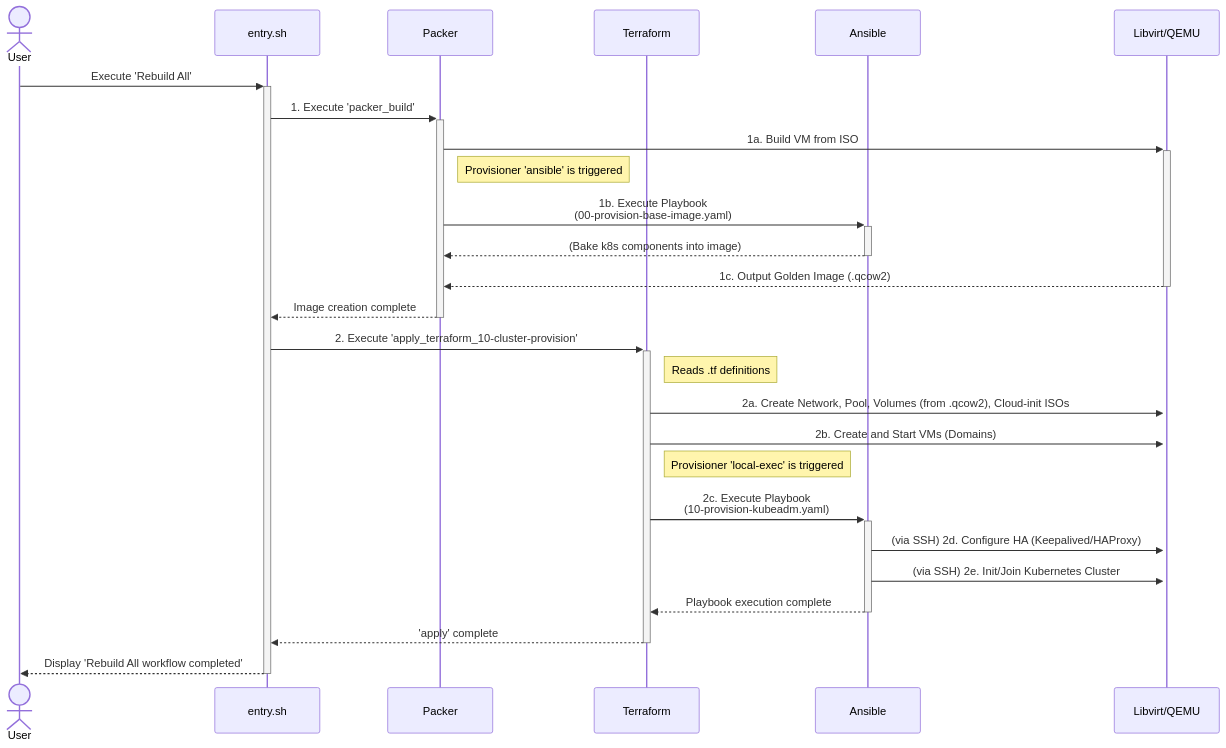
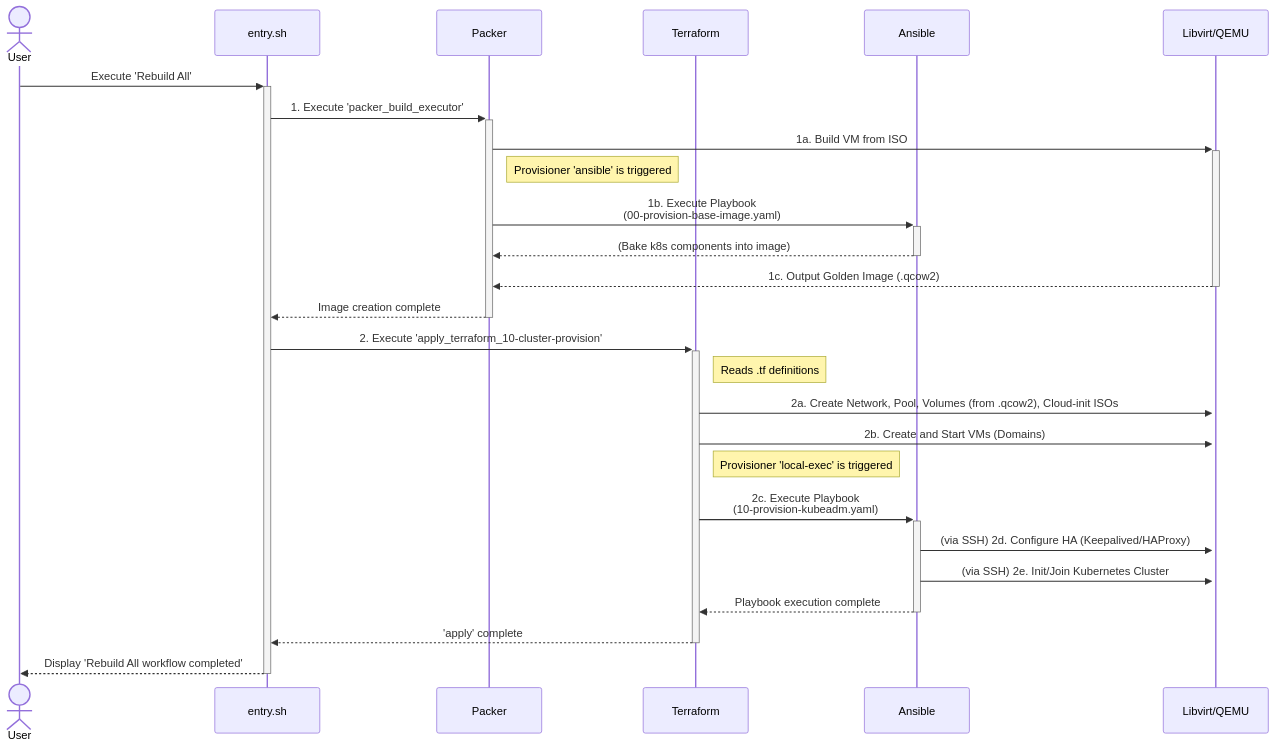
Before and after one commit to csning1998/on-premise-gitlab-deployment: the diagram in README.md, drawn with Mermaid. The commit also changed other lines of this file and 13 other files, not shown here.

````diff
--- a/README.md
+++ b/README.md
@@ -655,31 +655,31 @@
 ```mermaid
 sequenceDiagram
     actor User
     participant Entrypoint as entry.sh
     participant Packer
     participant Terraform
     participant Ansible
     participant Libvirt as Libvirt/QEMU
 
     User->>+Entrypoint: Execute 'Rebuild All'
 
-    Entrypoint->>+Packer: 1. Execute 'packer_build'
+    Entrypoint->>+Packer: 1. Execute 'packer_build_executor'
     Packer->>+Libvirt: 1a. Build VM from ISO
     note right of Packer: Provisioner 'ansible' is triggered
     Packer->>+Ansible: 1b. Execute Playbook<br>(00-provision-base-image.yaml)
     Ansible-->>-Packer: (Bake k8s components into image)
     Libvirt-->>-Packer: 1c. Output Golden Image (.qcow2)
     Packer-->>-Entrypoint: Image creation complete
 
     Entrypoint->>+Terraform: 2. Execute 'apply_terraform_10-cluster-provision'
     note right of Terraform: Reads .tf definitions
     Terraform->>+Libvirt: 2a. Create Network, Pool, Volumes (from .qcow2), Cloud-init ISOs
     Terraform->>+Libvirt: 2b. Create and Start VMs (Domains)
     note right of Terraform: Provisioner 'local-exec' is triggered
     Terraform->>+Ansible: 2c. Execute Playbook<br>(10-provision-kubeadm.yaml)
     Ansible->>Libvirt: (via SSH) 2d. Configure HA (Keepalived/HAProxy)
     Ansible->>Libvirt: (via SSH) 2e. Init/Join Kubernetes Cluster
     Ansible-->>-Terraform: Playbook execution complete
     Terraform-->>-Entrypoint: 'apply' complete
     Entrypoint-->>-User: Display 'Rebuild All workflow completed'
 ```
````
